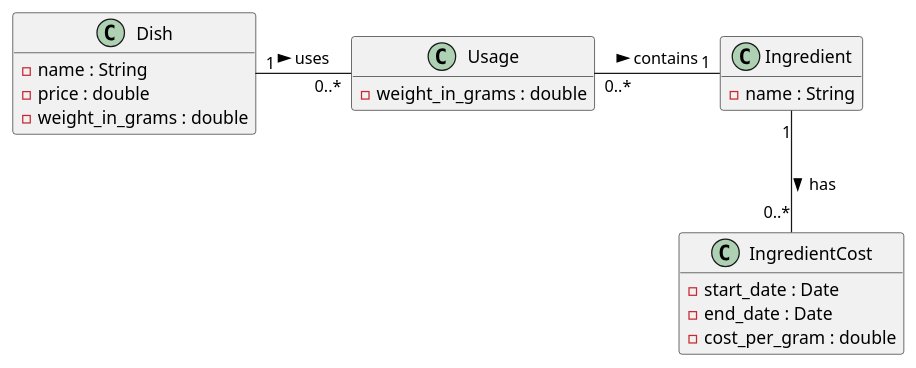
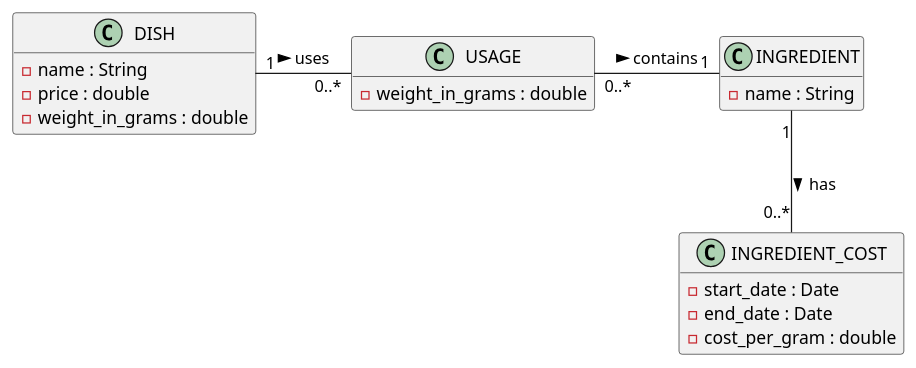
The diagram in model/class_diagram.plantuml (TortinhasQuixotescas/dcc166_atv2), drawn with PlantUML before and after one commit. The commit also changed 7 other files, not shown here.

```diff
--- a/model/class_diagram.plantuml
+++ b/model/class_diagram.plantuml
@@ -1,30 +1,30 @@
 @startuml bakery
 
 hide empty members
 
-class Ingredient {
+class INGREDIENT {
     -name : String
 }
 
-class IngredientCost {
+class INGREDIENT_COST {
     -start_date : Date
     -end_date : Date
     -cost_per_gram : double
 }
 
-Ingredient "1" -- "0..*" IngredientCost : has >
+INGREDIENT "1" -- "0..*" INGREDIENT_COST : has >
 
-class Dish {
+class DISH {
     -name : String
     -price : double
     -weight_in_grams : double
 }
 
-class Usage {
+class USAGE {
     -weight_in_grams : double
 }
 
-Usage "0..*" - "1" Ingredient : contains >
-Dish "1" - "0..*" Usage : uses >
+USAGE "0..*" - "1" INGREDIENT : contains >
+DISH "1" - "0..*" USAGE : uses >
 
 @enduml
```
